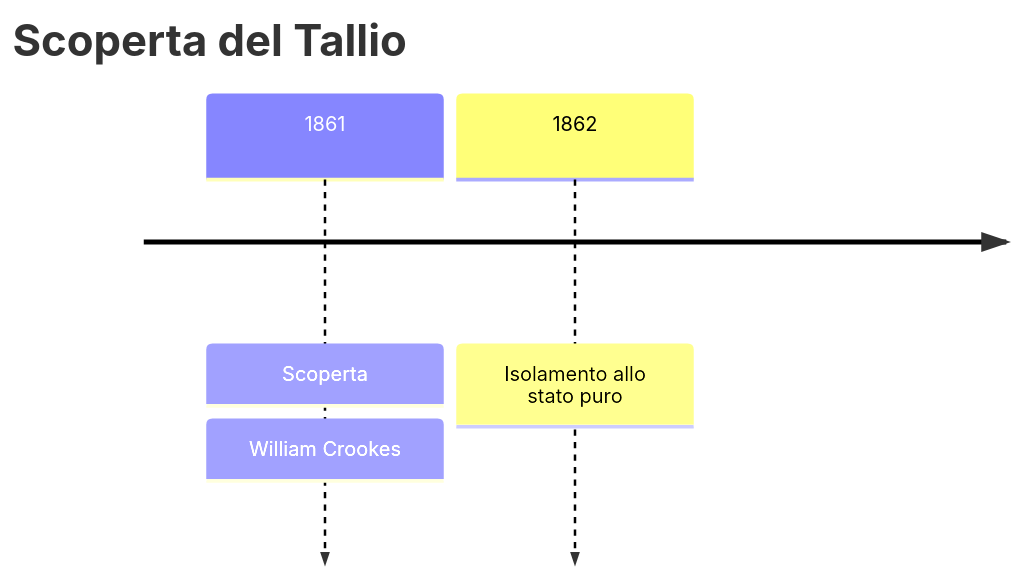
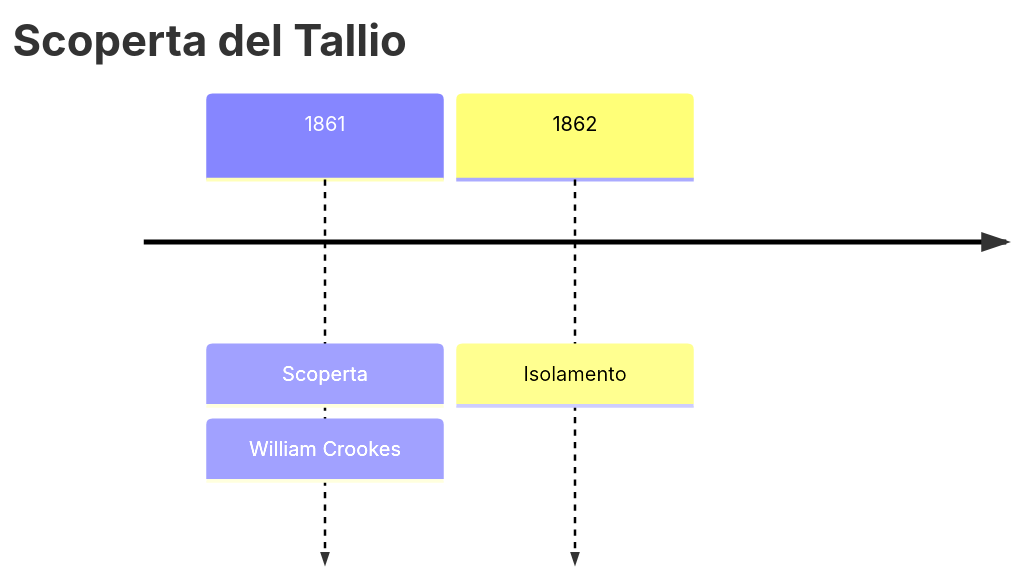
The first of 2 diagrams in vault/Elementi/Tallio.md (gianlucaciarcelluti/elements-caos), drawn with Mermaid before and after one commit. The commit also changed 56 other files, not shown here.

````diff
--- a/vault/Elementi/Tallio.md
+++ b/vault/Elementi/Tallio.md
@@ -28,6 +28,6 @@
 ```mermaid
 timeline
     title Scoperta del Tallio
     1861 : Scoperta : William Crookes
-    1862 : Isolamento allo stato puro
+    1862 : Isolamento
 ```
````
